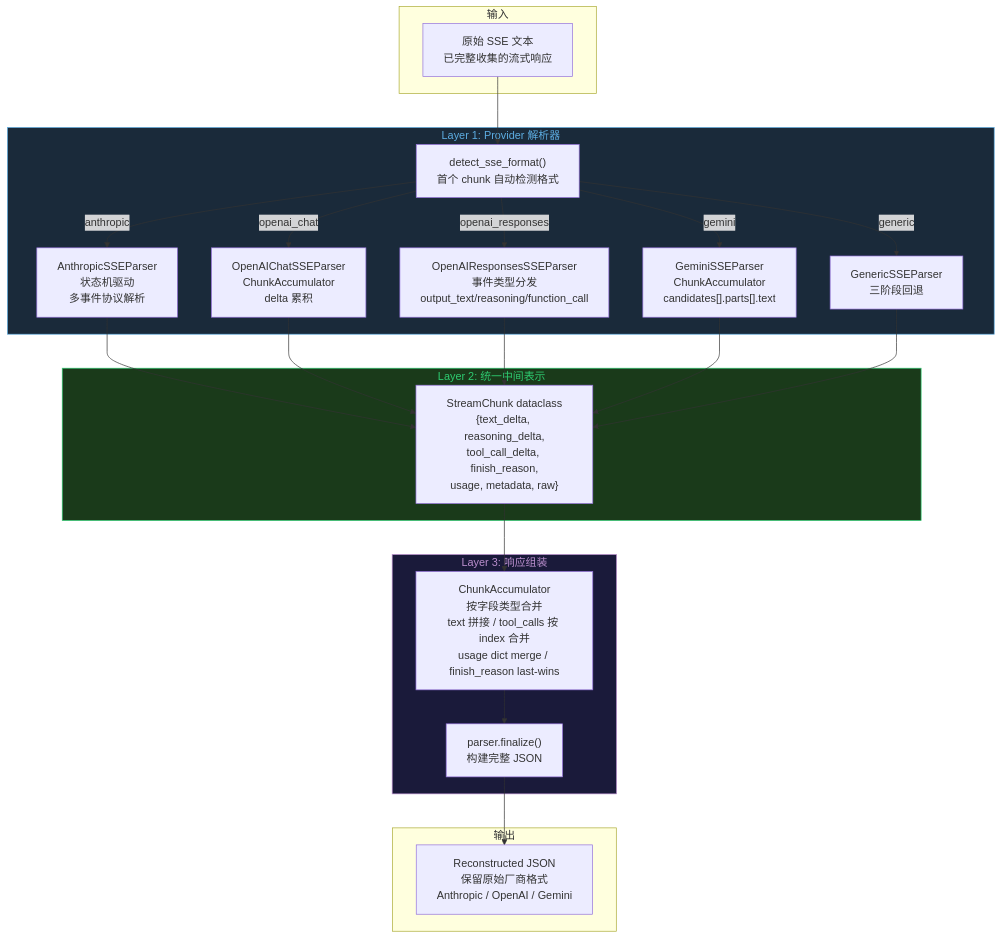
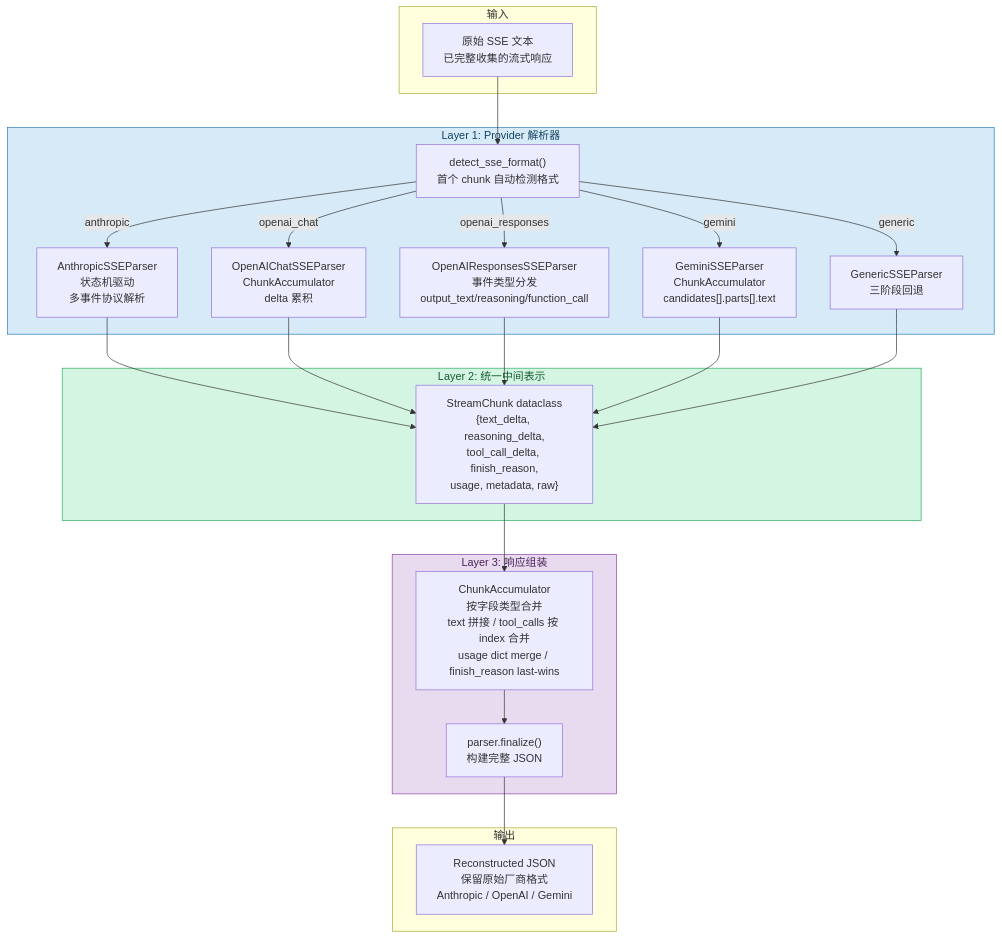
Before and after one commit to HaoCheng-Wang/llm-proxy: the eighth of 24 diagrams in README.md, drawn with Mermaid. The commit also changed other lines of this file, not shown here.

````diff
--- a/README.md
+++ b/README.md
@@ -324,42 +324,42 @@
 ```mermaid
 flowchart TD
     subgraph 输入
         A[原始 SSE 文本<br/>已完整收集的流式响应]
     end
 
     subgraph Layer1["Layer 1: Provider 解析器"]
         B["detect_sse_format()<br/>首个 chunk 自动检测格式"]
         C["AnthropicSSEParser<br/>状态机驱动<br/>多事件协议解析"]
         D["OpenAIChatSSEParser<br/>ChunkAccumulator<br/>delta 累积"]
         E["OpenAIResponsesSSEParser<br/>事件类型分发<br/>output_text/reasoning/function_call"]
         F["GeminiSSEParser<br/>ChunkAccumulator<br/>candidates[].parts[].text"]
         G["GenericSSEParser<br/>三阶段回退"]
     end
 
     subgraph Layer2["Layer 2: 统一中间表示"]
         H["StreamChunk dataclass<br/>{text_delta, reasoning_delta,<br/>tool_call_delta, finish_reason,<br/>usage, metadata, raw}"]
     end
 
     subgraph Layer3["Layer 3: 响应组装"]
         I["ChunkAccumulator<br/>按字段类型合并<br/>text 拼接 / tool_calls 按 index 合并<br/>usage dict merge / finish_reason last-wins"]
         J["parser.finalize()<br/>构建完整 JSON"]
     end
 
     subgraph 输出
         K["Reconstructed JSON<br/>保留原始厂商格式<br/>Anthropic / OpenAI / Gemini"]
     end
 
     A --> B
     B -->|"anthropic"| C
     B -->|"openai_chat"| D
     B -->|"openai_responses"| E
     B -->|"gemini"| F
     B -->|"generic"| G
     C & D & E & F & G --> H
     H --> I --> J
     J --> K
 
-    style Layer1 fill:#1a2a3a,stroke:#5dade2,color:#5dade2
-    style Layer2 fill:#1a3a1a,stroke:#2ecc71,color:#2ecc71
-    style Layer3 fill:#1a1a3a,stroke:#bb8fce,color:#bb8fce
+    style Layer1 fill:#d6eaf8,stroke:#2980b9,color:#154360
+    style Layer2 fill:#d5f5e3,stroke:#27ae60,color:#145a32
+    style Layer3 fill:#e8daef,stroke:#8e44ad,color:#4a235a
 ```
````
